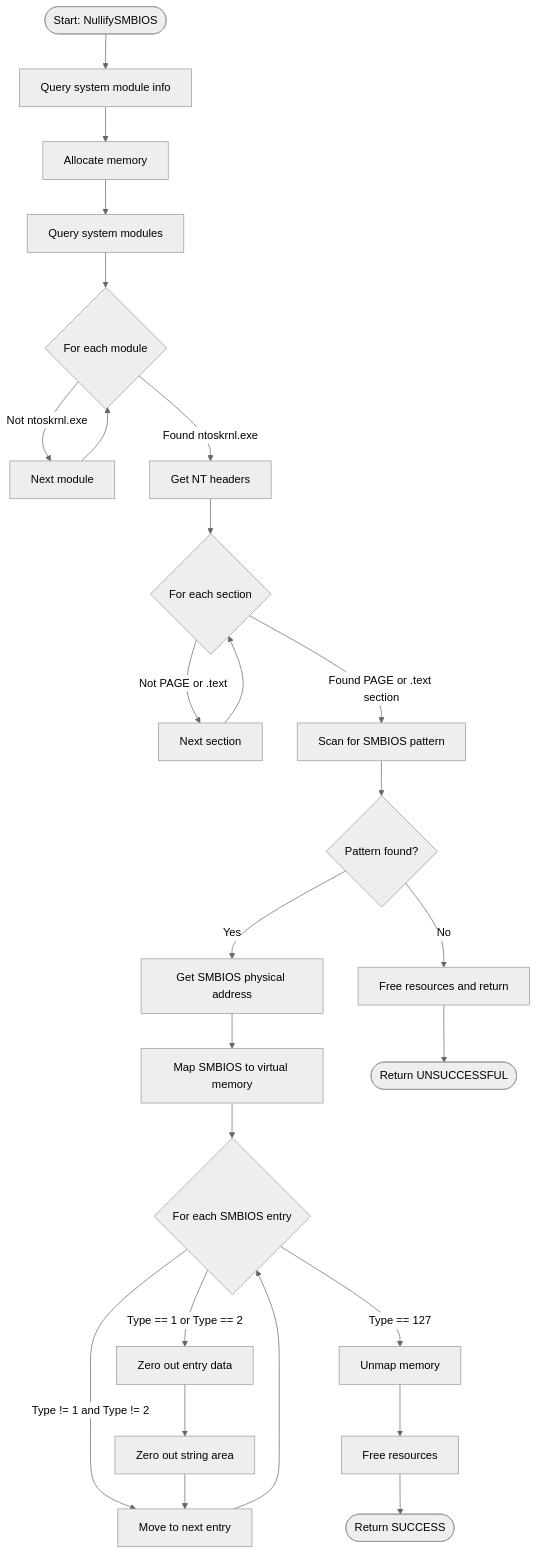
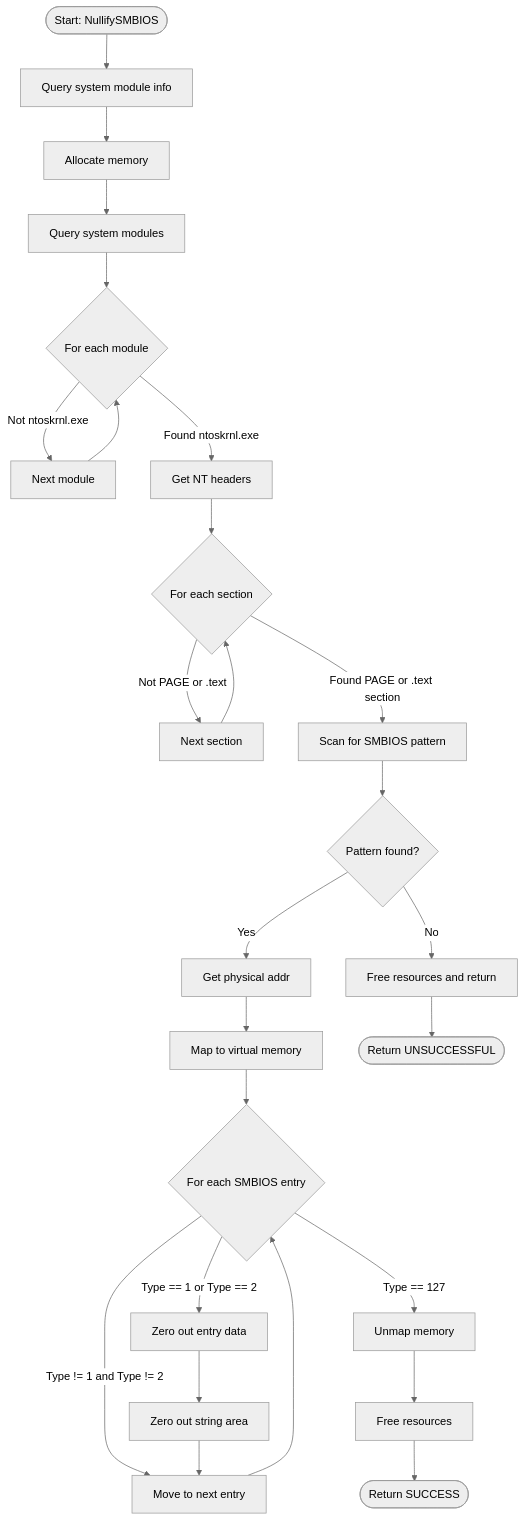
One commit to Arty3/Battleye-HWID-Spoofer changed the first of 4 diagrams in README.md. Above: the diagram before and after it, drawn with Mermaid (neutral theme). The commit also changed other lines of this file, not shown here.

````diff
--- a/README.md
+++ b/README.md
@@ -127,37 +127,37 @@
 ```mermaid
 flowchart TD
 	Start([Start: NullifySMBIOS]) --> QuerySize[Query system module info]
 	QuerySize --> AllocMemory[Allocate memory]
 	AllocMemory --> Query[Query system modules]
 	
 	Query --> LoopModules{For each module}
 	LoopModules -->|Not ntoskrnl.exe| NextModule[Next module]
 	NextModule --> LoopModules
 	
 	LoopModules -->|Found ntoskrnl.exe| GetHeaders[Get NT headers]
 	GetHeaders --> LoopSections{For each section}
 	
 	LoopSections -->|Not PAGE or .text| NextSection[Next section]
 	NextSection --> LoopSections
 	
 	LoopSections -->|Found PAGE or .text section| PatternScan[Scan for SMBIOS pattern]
 	PatternScan --> Found{Pattern found?}
 	Found -->|No| FreeAndReturn[Free resources and return]
 	
-	Found -->|Yes| GetSMBIOSAddr[Get SMBIOS physical address]
-	GetSMBIOSAddr --> MapMemory[Map SMBIOS to virtual memory]
+	Found -->|Yes| GetSMBIOSAddr[Get physical addr]
+	GetSMBIOSAddr --> MapMemory[Map to virtual memory]
 	
 	MapMemory --> LoopEntries{For each SMBIOS entry}
 	LoopEntries -->|Type != 1 and Type != 2| NextEntry[Move to next entry]
 	NextEntry --> LoopEntries
 	
 	LoopEntries -->|Type == 1 or Type == 2| ZeroEntry[Zero out entry data]
 	ZeroEntry --> ZeroStrings[Zero out string area]
 	ZeroStrings --> NextEntry
 	
 	LoopEntries -->|Type == 127| UnmapMem[Unmap memory]
 	UnmapMem --> FreeResources[Free resources]
 	FreeResources --> Success([Return SUCCESS])
 	
 	FreeAndReturn --> Fail([Return UNSUCCESSFUL])
 ```
````
